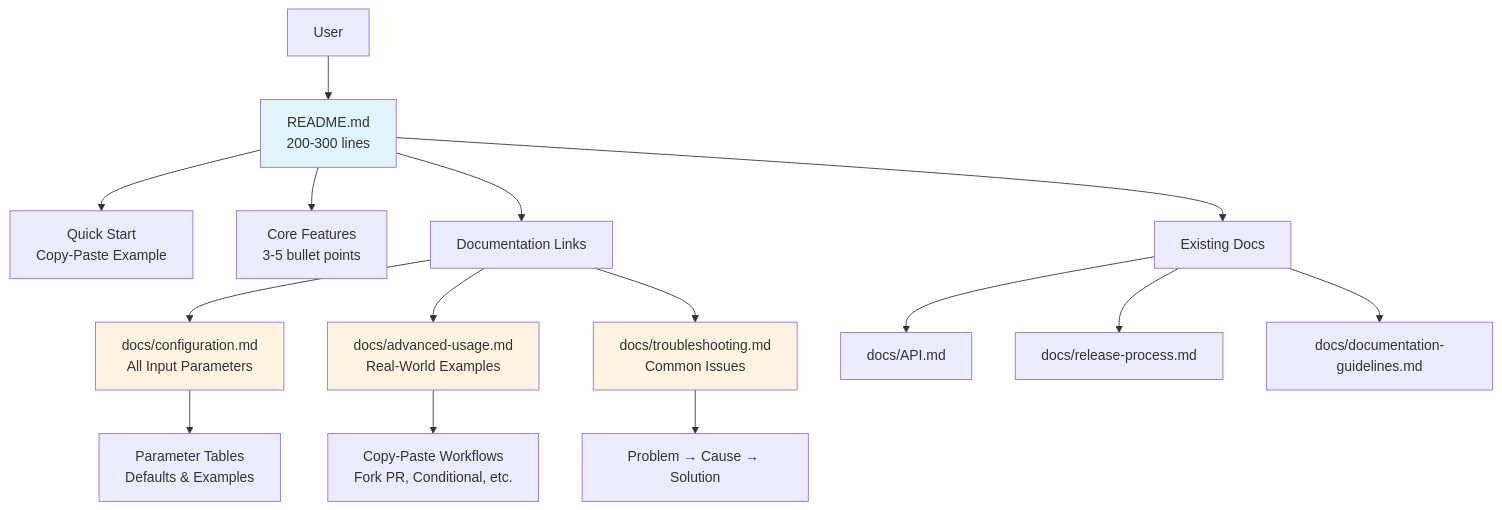
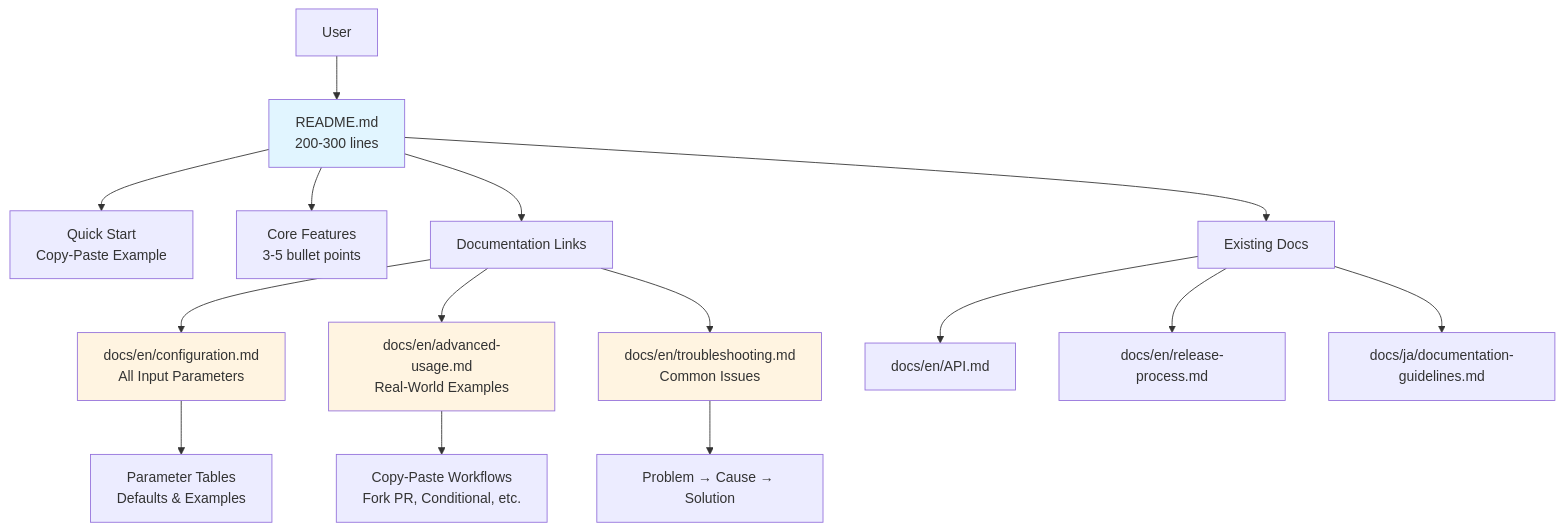
Before and after one commit to jey3dayo/pr-insights-labeler: the first of 4 diagrams in .kiro/specs/readme-simplification/design.md, drawn with Mermaid. The commit also changed other lines of this file and 39 other files, not shown here.

````diff
--- a/.kiro/specs/readme-simplification/design.md
+++ b/.kiro/specs/readme-simplification/design.md
@@ -63,26 +63,26 @@
 ```mermaid
 graph TB
     User[User] --> README[README.md<br/>200-300 lines]
 
     README --> QS[Quick Start<br/>Copy-Paste Example]
     README --> Features[Core Features<br/>3-5 bullet points]
     README --> Docs[Documentation Links]
 
-    Docs --> Config[docs/configuration.md<br/>All Input Parameters]
-    Docs --> Advanced[docs/advanced-usage.md<br/>Real-World Examples]
-    Docs --> Trouble[docs/troubleshooting.md<br/>Common Issues]
+    Docs --> Config[docs/en/configuration.md<br/>All Input Parameters]
+    Docs --> Advanced[docs/en/advanced-usage.md<br/>Real-World Examples]
+    Docs --> Trouble[docs/en/troubleshooting.md<br/>Common Issues]
 
     Config --> ConfigDetail[Parameter Tables<br/>Defaults & Examples]
     Advanced --> Examples[Copy-Paste Workflows<br/>Fork PR, Conditional, etc.]
     Trouble --> Solutions[Problem → Cause → Solution]
 
     README --> Existing[Existing Docs]
-    Existing --> API[docs/API.md]
-    Existing --> Release[docs/release-process.md]
-    Existing --> Guidelines[docs/documentation-guidelines.md]
+    Existing --> API[docs/en/API.md]
+    Existing --> Release[docs/en/release-process.md]
+    Existing --> Guidelines[docs/ja/documentation-guidelines.md]
 
     style README fill:#e1f5ff
     style Config fill:#fff4e1
     style Advanced fill:#fff4e1
     style Trouble fill:#fff4e1
 ```
````
